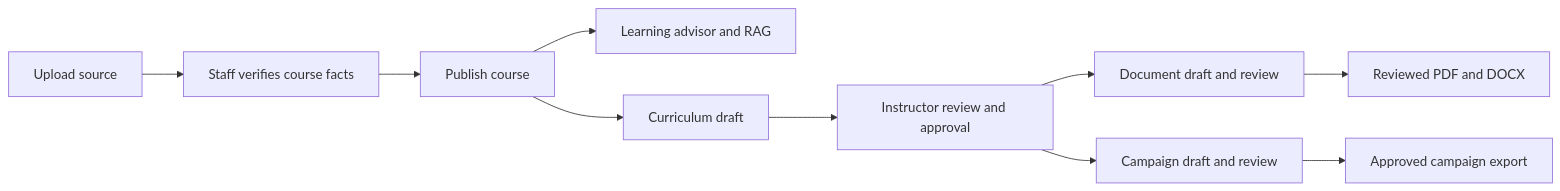
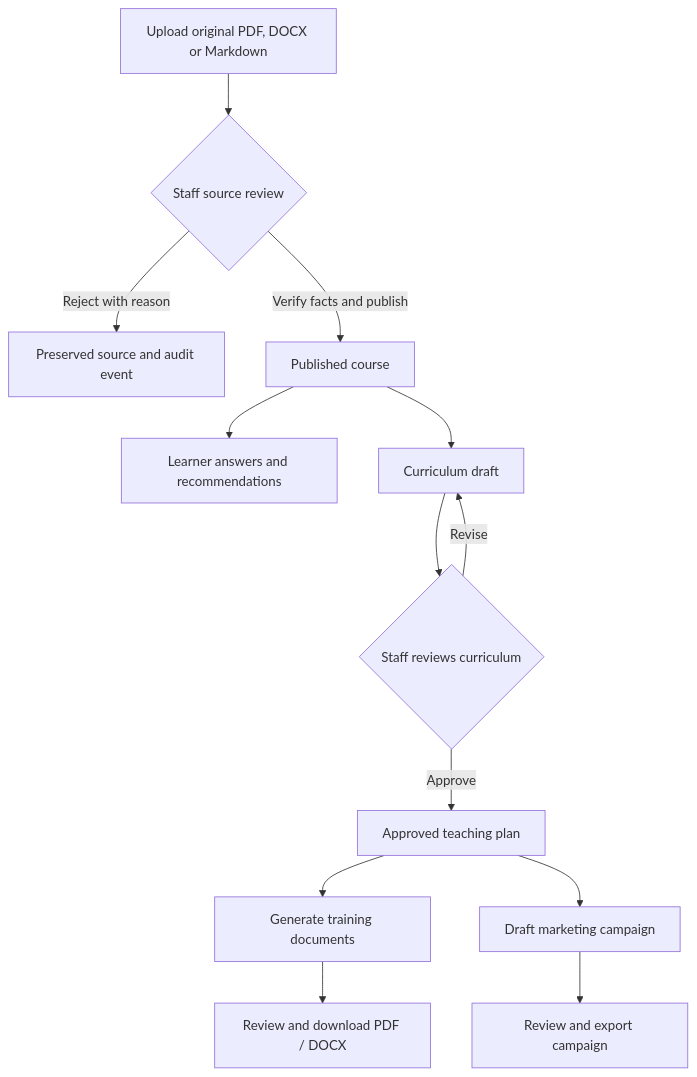
The second of 2 diagrams in README.md (Z4iM/REX_AI), drawn with Mermaid before and after one commit. The commit also changed other lines of this file and 4 other files, not shown here.

Commit message:
Showcase REX AI workflows and architecture in README

````diff
--- a/README.md
+++ b/README.md
@@ -70,12 +70,15 @@
 ```mermaid
-flowchart LR
-    A[Upload source] --> B[Staff verifies course facts]
-    B --> C[Publish course]
-    C --> D[Learning advisor and RAG]
-    C --> E[Curriculum draft]
-    E --> F[Instructor review and approval]
-    F --> G[Document draft and review]
-    F --> H[Campaign draft and review]
-    G --> I[Reviewed PDF and DOCX]
-    H --> J[Approved campaign export]
+flowchart TD
+    U["Upload original PDF, DOCX or Markdown"] --> R{"Staff source review"}
+    R -->|Reject with reason| J["Preserved source and audit event"]
+    R -->|Verify facts and publish| C["Published course"]
+    C --> L["Learner answers and recommendations"]
+    C --> D["Curriculum draft"]
+    D --> A{"Staff reviews curriculum"}
+    A -->|Revise| D
+    A -->|Approve| P["Approved teaching plan"]
+    P --> G["Generate training documents"]
+    P --> M["Draft marketing campaign"]
+    G --> E["Review and download PDF / DOCX"]
+    M --> F["Review and export campaign"]
 ```
````
